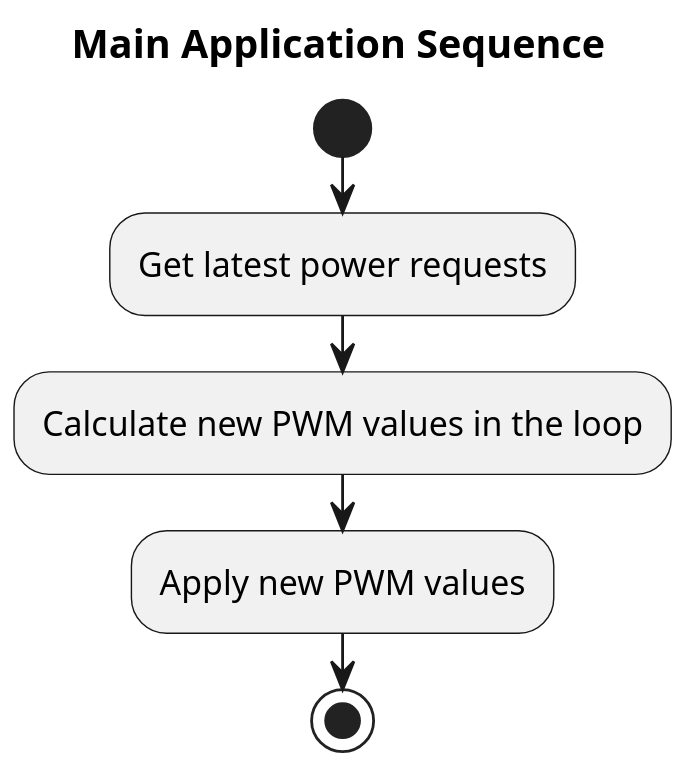
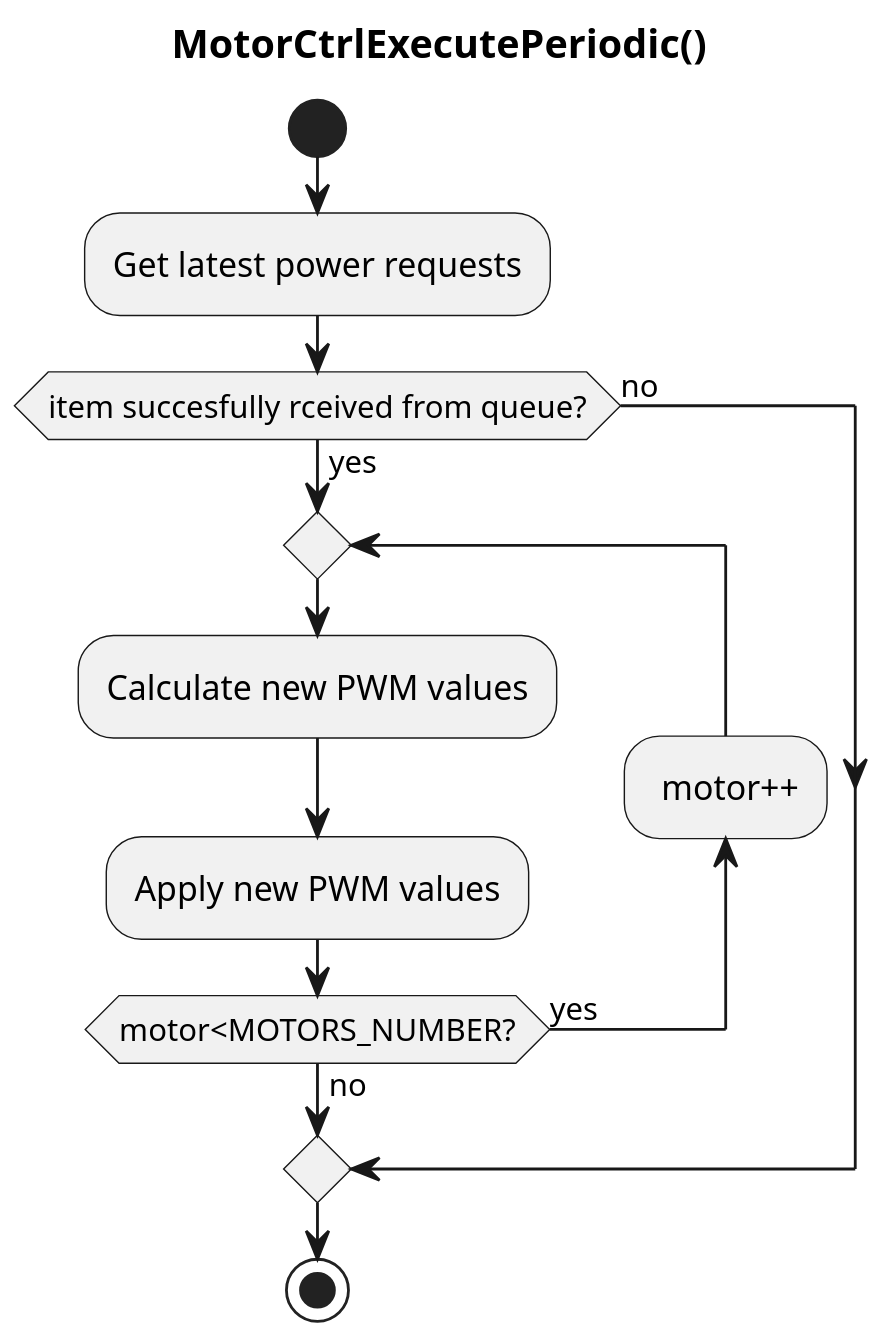
The second of 2 diagrams in docs/motor_control.md (inpgbburda/FlyMatic), drawn with PlantUML before and after one commit.

Commit message:
Update the MotorCtrlExecutePeriodic diagram

````diff
--- a/docs/motor_control.md
+++ b/docs/motor_control.md
@@ -93,14 +93,21 @@
 ```puml
 @startuml
 
 scale 2
-title Main Application Sequence  
+title MotorCtrlExecutePeriodic()
 
 start
 :Get latest power requests;
-:Calculate new PWM values in the loop;
+if (item succesfully rceived from queue?) is (yes) then
+repeat
+:Calculate new PWM values;
 :Apply new PWM values;
+backward: motor++;
+repeat while (motor<MOTORS_NUMBER?) is (yes) not (no)
+else (no)
+
+endif
 stop
 
 @enduml
 ```
````
